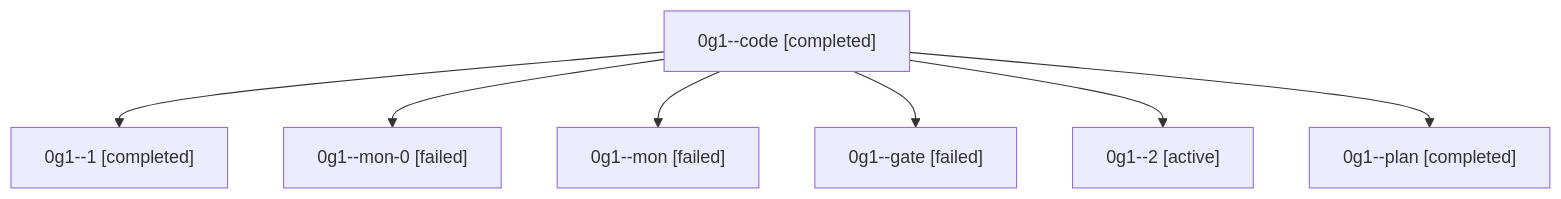
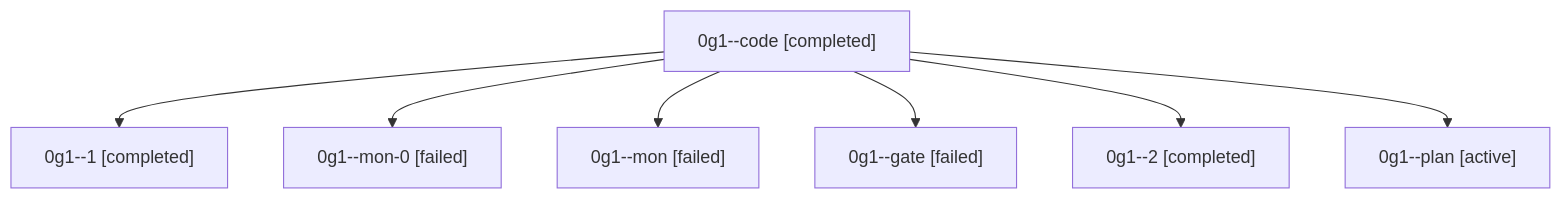
The diagram in families/bbugyi200.athena.0g1.md (sase-org/sase--agents), drawn with Mermaid before and after one commit. The commit also changed other lines of this file and 35830 other files, not shown here.

````diff
--- a/families/bbugyi200.athena.0g1.md
+++ b/families/bbugyi200.athena.0g1.md
@@ -9,16 +9,16 @@
 ```mermaid
 flowchart TD
   n0["0g1--code [completed]"]
   n1["0g1--1 [completed]"]
   n0 --> n1
   n2["0g1--mon-0 [failed]"]
   n0 --> n2
   n3["0g1--mon [failed]"]
   n0 --> n3
   n4["0g1--gate [failed]"]
   n0 --> n4
-  n5["0g1--2 [active]"]
+  n5["0g1--2 [completed]"]
   n0 --> n5
-  n6["0g1--plan [completed]"]
+  n6["0g1--plan [active]"]
   n0 --> n6
 ```
````
